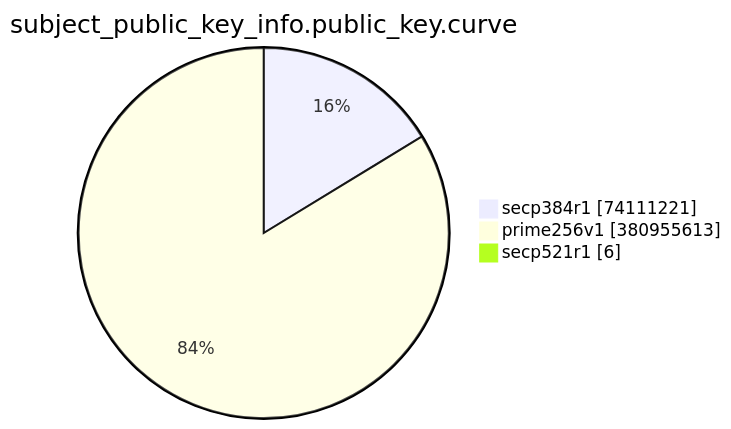
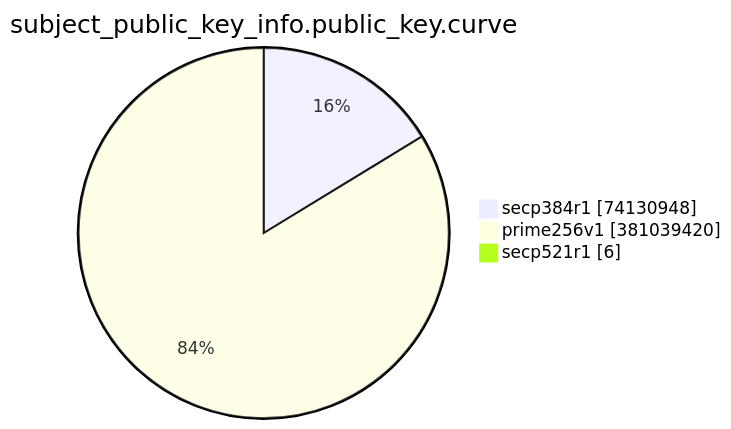
Before and after one commit to christiankrug/ctmonitor_visualization: the eighth of 15 diagrams in TOTAL/README.md, drawn with Mermaid. The commit also changed other lines of this file, not shown here.

````diff
--- a/TOTAL/README.md
+++ b/TOTAL/README.md
@@ -3094,7 +3094,7 @@
 ```mermaid
 pie showData
 title subject_public_key_info.public_key.curve
-"secp384r1" :74111221
-"prime256v1" :380955613
+"secp384r1" :74130948
+"prime256v1" :381039420
 "secp521r1" :6
 ```
````
